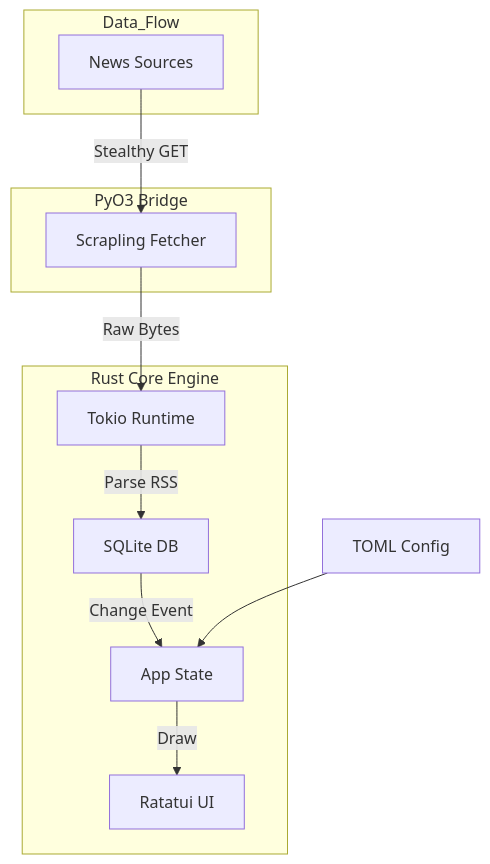
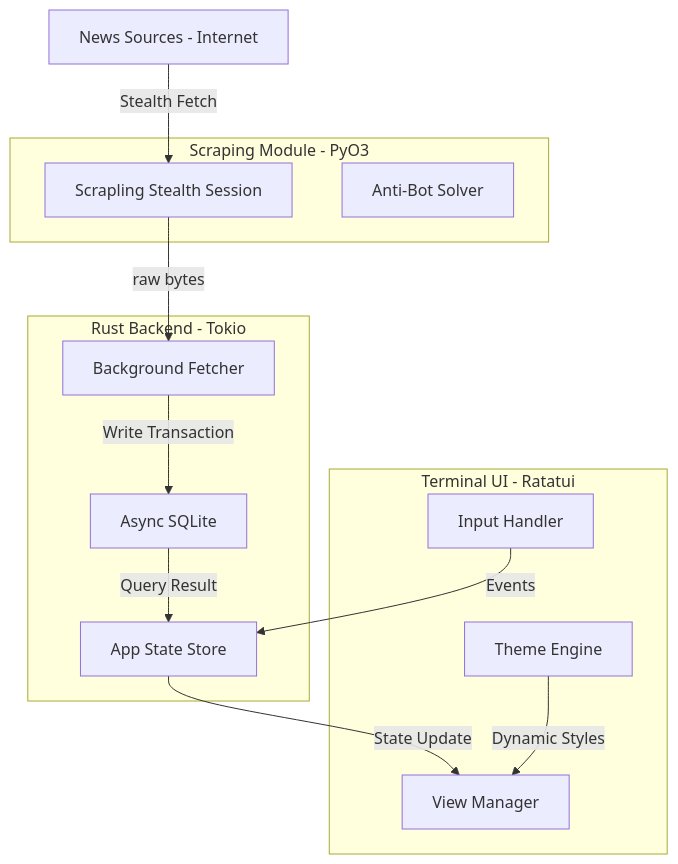
Before and after one commit to rivadmorin/Ultra-Fast-Millisecond-News-TUI-in-Rust: the diagram in README.md, drawn with Mermaid. The commit also changed other lines of this file and 1 other file, not shown here.

````diff
--- a/README.md
+++ b/README.md
@@ -23,23 +37,27 @@
 ```mermaid
 graph TD
-    subgraph Rust_Core [Rust Core Engine]
-        A[Ratatui UI]
-        B[App State]
-        C[SQLite DB]
-        D[Tokio Runtime]
+    subgraph UI_Layer [Terminal UI - Ratatui]
+        A[View Manager]
+        B[Theme Engine]
+        C[Input Handler]
     end
 
-    subgraph Python_Bridge [PyO3 Bridge]
-        E[Scrapling Fetcher]
+    subgraph Core_Logic [Rust Backend - Tokio]
+        D[App State Store]
+        E[Background Fetcher]
+        F[Async SQLite]
     end
 
-    subgraph Data_Flow
-        F[News Sources] -->|Stealthy GET| E
-        E -->|Raw Bytes| D
-        D -->|Parse RSS| C
-        C -->|Change Event| B
-        B -->|Draw| A
+    subgraph Python_Bridge [Scraping Module - PyO3]
+        G[Scrapling Stealth Session]
+        H[Anti-Bot Solver]
     end
 
-    G[TOML Config] --> B
+    I[News Sources - Internet] -->|Stealth Fetch| G
+    G -->|raw bytes| E
+    E -->|Write Transaction| F
+    F -->|Query Result| D
+    D -->|State Update| A
+    B -->|Dynamic Styles| A
+    C -->|Events| D
 ```
````
